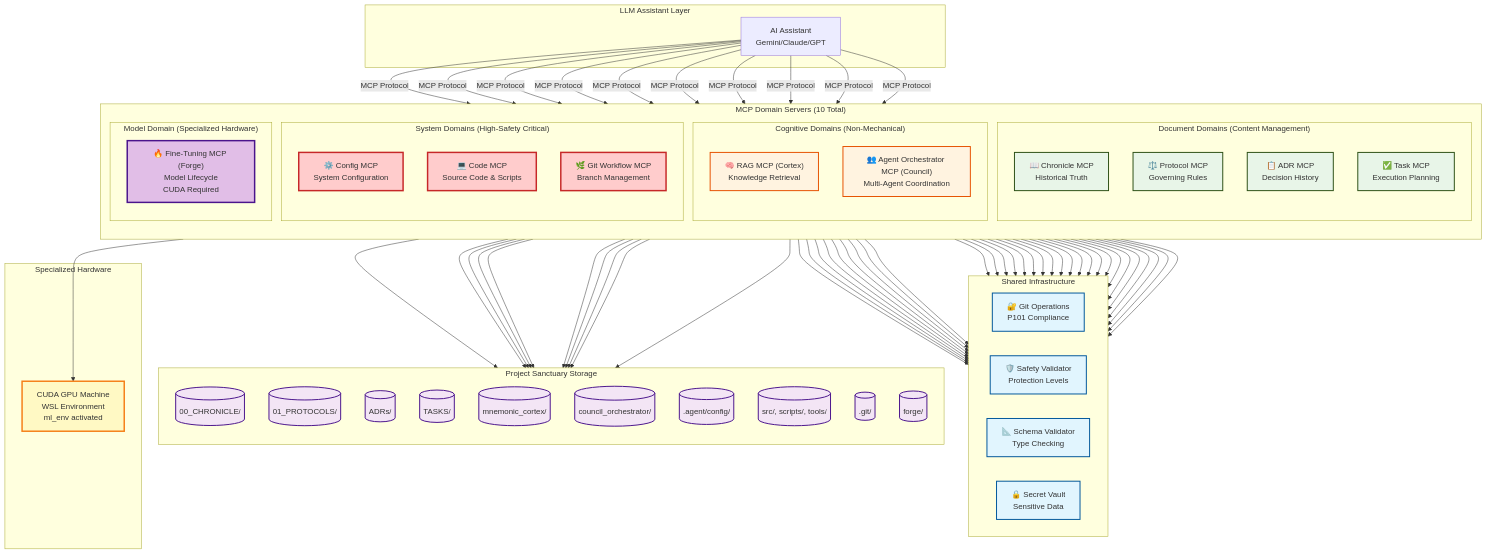
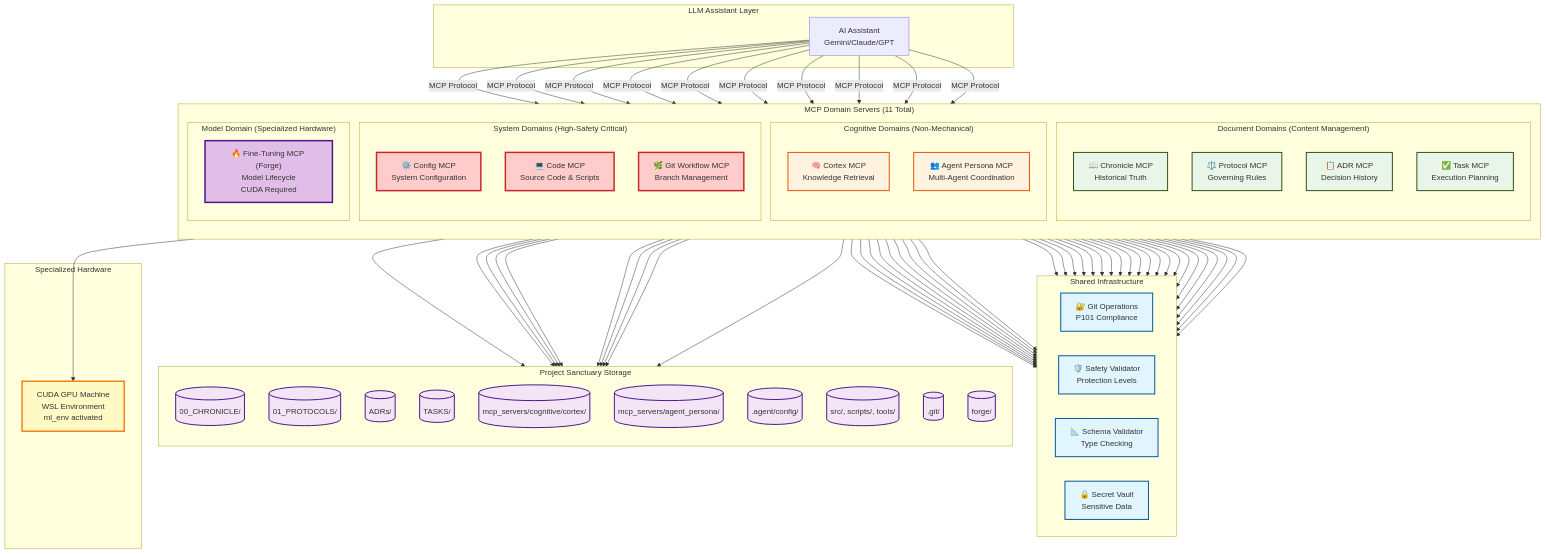
The diagram in docs/mcp/diagrams/domain_architecture_v4.mmd (richfrem/Project_Sanctuary), drawn with Mermaid before and after one commit. The commit also changed 407 other files, not shown here.

```diff
--- a/docs/mcp/diagrams/domain_architecture_v4.mmd
+++ b/docs/mcp/diagrams/domain_architecture_v4.mmd
@@ -1,147 +1,147 @@
-%% MCP Domain Architecture v4.0 - 10 Domain Servers
+%% MCP Domain Architecture v4.0 - 11 MCP Servers
 %% Project Sanctuary - Complete Domain-Driven MCP Ecosystem
 %% Created: 2025-11-25
 %% Status: Final architecture with Git Workflow + Forge domains
 
 graph TB
     subgraph "LLM Assistant Layer"
         LLM[AI Assistant<br/>Gemini/Claude/GPT]
     end
     
-    subgraph "MCP Domain Servers (10 Total)"
+    subgraph "MCP Domain Servers (11 Total)"
         direction TB
         
         subgraph "Document Domains (Content Management)"
             Chronicle[📖 Chronicle MCP<br/>Historical Truth]
             Protocol[⚖️ Protocol MCP<br/>Governing Rules]
             ADR[📋 ADR MCP<br/>Decision History]
             Task[✅ Task MCP<br/>Execution Planning]
         end
         
         subgraph "Cognitive Domains (Non-Mechanical)"
-            Cortex["🧠 RAG MCP (Cortex)<br/>Knowledge Retrieval"]
-            Council["👥 Agent Orchestrator MCP (Council)<br/>Multi-Agent Coordination"]
+            Cortex["🧠 Cortex MCP<br/>Knowledge Retrieval"]
+            AgentPersona["👥 Agent Persona MCP<br/>Multi-Agent Coordination"]
         end
         
         subgraph "System Domains (High-Safety Critical)"
             Config[⚙️ Config MCP<br/>System Configuration]
             Code[💻 Code MCP<br/>Source Code & Scripts]
             GitWorkflow[🌿 Git Workflow MCP<br/>Branch Management]
         end
         
         subgraph "Model Domain (Specialized Hardware)"
             Forge["🔥 Fine-Tuning MCP (Forge)<br/>Model Lifecycle<br/>CUDA Required"]
         end
     end
     
     subgraph "Shared Infrastructure"
         direction LR
         Git[🔐 Git Operations<br/>P101 Compliance]
         Safety[🛡️ Safety Validator<br/>Protection Levels]
         Schema[📐 Schema Validator<br/>Type Checking]
         Vault[🔒 Secret Vault<br/>Sensitive Data]
     end
     
     subgraph "Project Sanctuary Storage"
         direction TB
         ChronicleDir[(00_CHRONICLE/)]
         ProtocolDir[(01_PROTOCOLS/)]
         ADRDir[(ADRs/)]
         TaskDir[(TASKS/)]
-        CortexDir[(mnemonic_cortex/)]
-        CouncilDir[(council_orchestrator/)]
+        CortexDir[(mcp_servers/cognitive/cortex/)]
+        AgentPersonaDir[(mcp_servers/agent_persona/)]
         ConfigDir[(.agent/config/)]
         CodeDir[(src/, scripts/, tools/)]
         GitDir[(.git/)]
         ForgeDir[(forge/)]
     end
     
     subgraph "Specialized Hardware"
         CUDA[CUDA GPU Machine<br/>WSL Environment<br/>ml_env activated]
     end
     
     %% LLM to MCP connections
     LLM -->|MCP Protocol| Chronicle
     LLM -->|MCP Protocol| Protocol
     LLM -->|MCP Protocol| ADR
     LLM -->|MCP Protocol| Task
     LLM -->|MCP Protocol| Cortex
-    LLM -->|MCP Protocol| Council
+    LLM -->|MCP Protocol| AgentPersona
     LLM -->|MCP Protocol| Config
     LLM -->|MCP Protocol| Code
     LLM -->|MCP Protocol| GitWorkflow
     LLM -->|MCP Protocol| Forge
     
     %% Document domains use standard infrastructure
     Chronicle --> Git
     Chronicle --> Safety
     Chronicle --> Schema
     
     Protocol --> Git
     Protocol --> Safety
     Protocol --> Schema
     
     ADR --> Git
     ADR --> Safety
     ADR --> Schema
     
     Task --> Git
     Task --> Safety
     Task --> Schema
     
     %% Cognitive domains use safety/schema only
     Cortex --> Safety
     Cortex --> Schema
     
-    Council --> Safety
-    Council --> Schema
+    AgentPersona --> Safety
+    AgentPersona --> Schema
     
     %% System domains use ALL infrastructure + Vault
     Config --> Git
     Config --> Safety
     Config --> Schema
     Config --> Vault
     
     Code --> Git
     Code --> Safety
     Code --> Schema
     
     GitWorkflow --> Git
     GitWorkflow --> Safety
     GitWorkflow --> Schema
     
     %% Forge uses infrastructure + requires CUDA
     Forge --> Git
     Forge --> Safety
     Forge --> Schema
     Forge --> Vault
     Forge --> CUDA
     
     %% Storage connections
     Chronicle --> ChronicleDir
     Protocol --> ProtocolDir
     ADR --> ADRDir
     Task --> TaskDir
     Cortex --> CortexDir
-    Council --> CouncilDir
+    AgentPersona --> AgentPersonaDir
     Config --> ConfigDir
     Code --> CodeDir
     GitWorkflow --> GitDir
     Forge --> ForgeDir
     
     %% Styling
     classDef documentDomain fill:#e8f5e8,stroke:#2d5016,stroke-width:2px
     classDef cognitiveDomain fill:#fff3e0,stroke:#e65100,stroke-width:2px
     classDef systemDomain fill:#ffcccc,stroke:#c62828,stroke-width:3px
     classDef modelDomain fill:#e1bee7,stroke:#4a148c,stroke-width:3px
     classDef infrastructure fill:#e1f5fe,stroke:#01579b,stroke-width:2px
     classDef storage fill:#f3e5f5,stroke:#4a148c,stroke-width:2px
     classDef hardware fill:#fff9c4,stroke:#f57f17,stroke-width:3px
     
     class Chronicle,Protocol,ADR,Task documentDomain
-    class Cortex,Council cognitiveDomain
+    class Cortex,AgentPersona cognitiveDomain
     class Config,Code,GitWorkflow systemDomain
     class Forge modelDomain
     class Git,Safety,Schema,Vault infrastructure
-    class ChronicleDir,ProtocolDir,ADRDir,TaskDir,CortexDir,CouncilDir,ConfigDir,CodeDir,GitDir,ForgeDir storage
+    class ChronicleDir,ProtocolDir,ADRDir,TaskDir,CortexDir,AgentPersonaDir,ConfigDir,CodeDir,GitDir,ForgeDir storage
     class CUDA hardware
```
